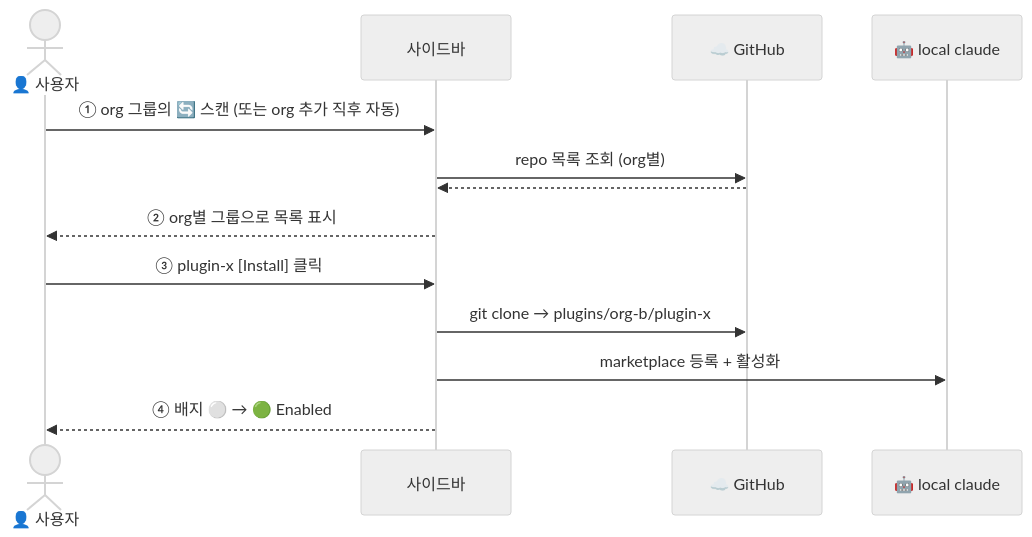
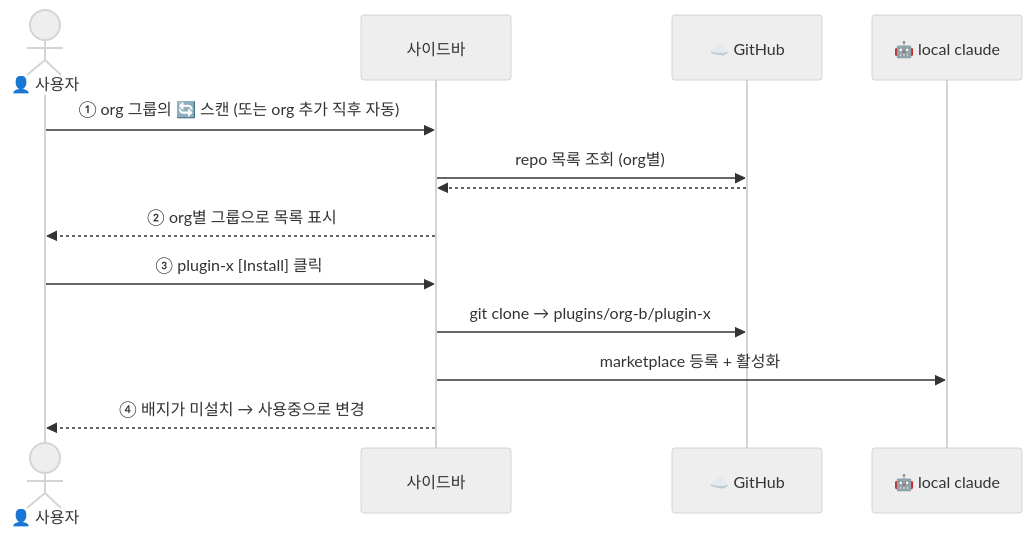
The fifth of 8 diagrams in docs/Scenario.md (ageokim/plugin_cafe), drawn with Mermaid (neutral theme) before and after one commit. The commit also changed other lines of this file and 1 other file, not shown here.

````diff
--- a/docs/Scenario.md
+++ b/docs/Scenario.md
@@ -138,16 +141,16 @@
 ```mermaid
 sequenceDiagram
     actor U as 👤 사용자
     participant SB as 사이드바
     participant GH as ☁️ GitHub
     participant CL as 🤖 local claude
 
     U->>SB: ① org 그룹의 🔄 스캔 (또는 org 추가 직후 자동)
     SB->>GH: repo 목록 조회 (org별)
     GH-->>SB: #plugin #release 붙은 repo들
     SB-->>U: ② org별 그룹으로 목록 표시
     U->>SB: ③ plugin-x [Install] 클릭
     SB->>GH: git clone → plugins/org-b/plugin-x
     SB->>CL: marketplace 등록 + 활성화
-    SB-->>U: ④ 배지 ⚪ → 🟢 Enabled
+    SB-->>U: ④ 배지가 미설치 → 사용중으로 변경
 ```
````
